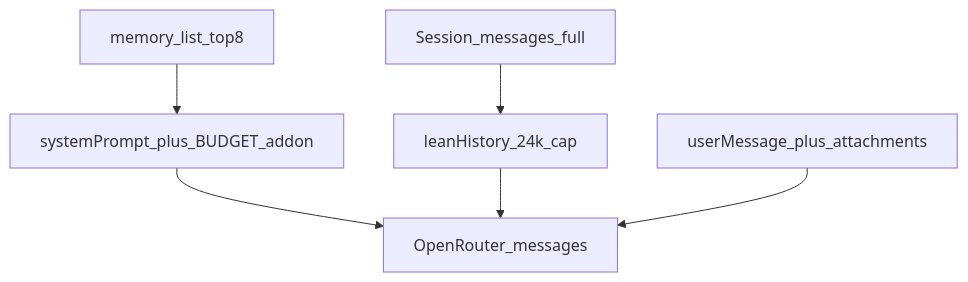
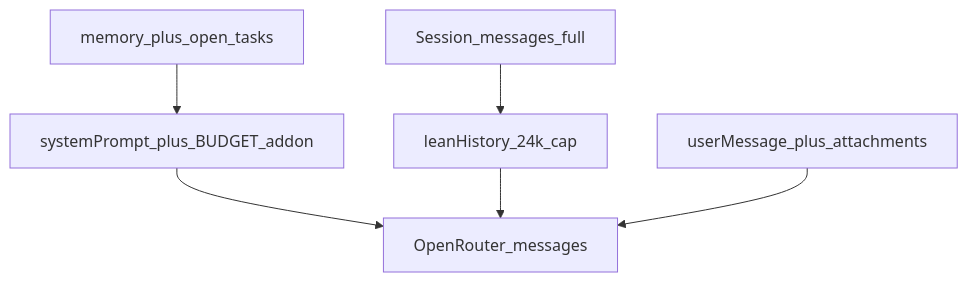
One commit to Rippy1911/combo-x changed the fourth of 9 diagrams in docs/ARCHITECTURE.md. Above: the diagram before and after it, drawn with Mermaid. The commit also changed other lines of this file and 11 other files, not shown here.

````diff
--- a/docs/ARCHITECTURE.md
+++ b/docs/ARCHITECTURE.md
@@ -248,15 +253,15 @@
 ```mermaid
 flowchart TD
   FullHistory["Session_messages_full"]
   Lean["leanHistory_24k_cap"]
-  Inject["memory_list_top8"]
+  Inject["memory_plus_open_tasks"]
   System["systemPrompt_plus_BUDGET_addon"]
   User["userMessage_plus_attachments"]
   OR["OpenRouter_messages"]
 
   FullHistory --> Lean
   Inject --> System
   System --> OR
   Lean --> OR
   User --> OR
 ```
````
